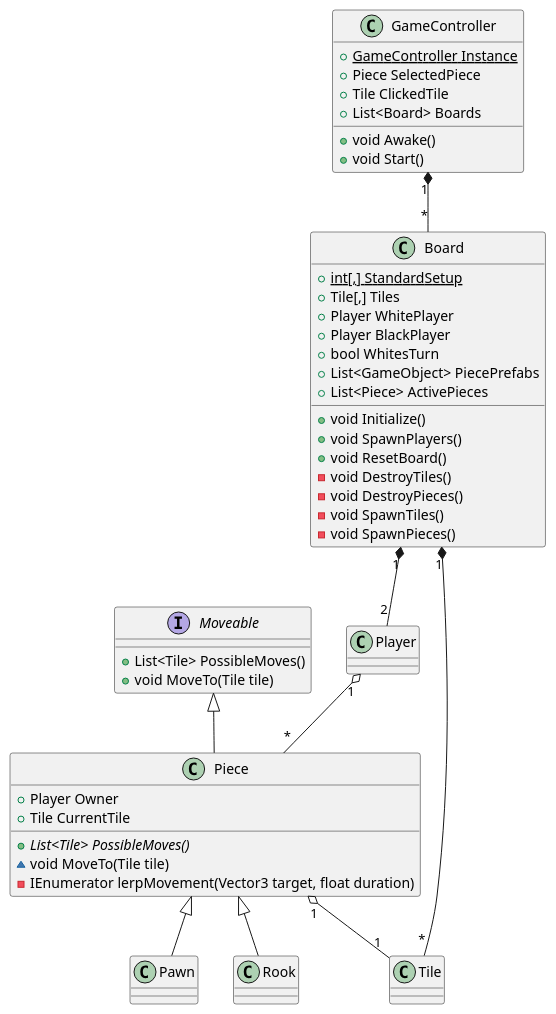
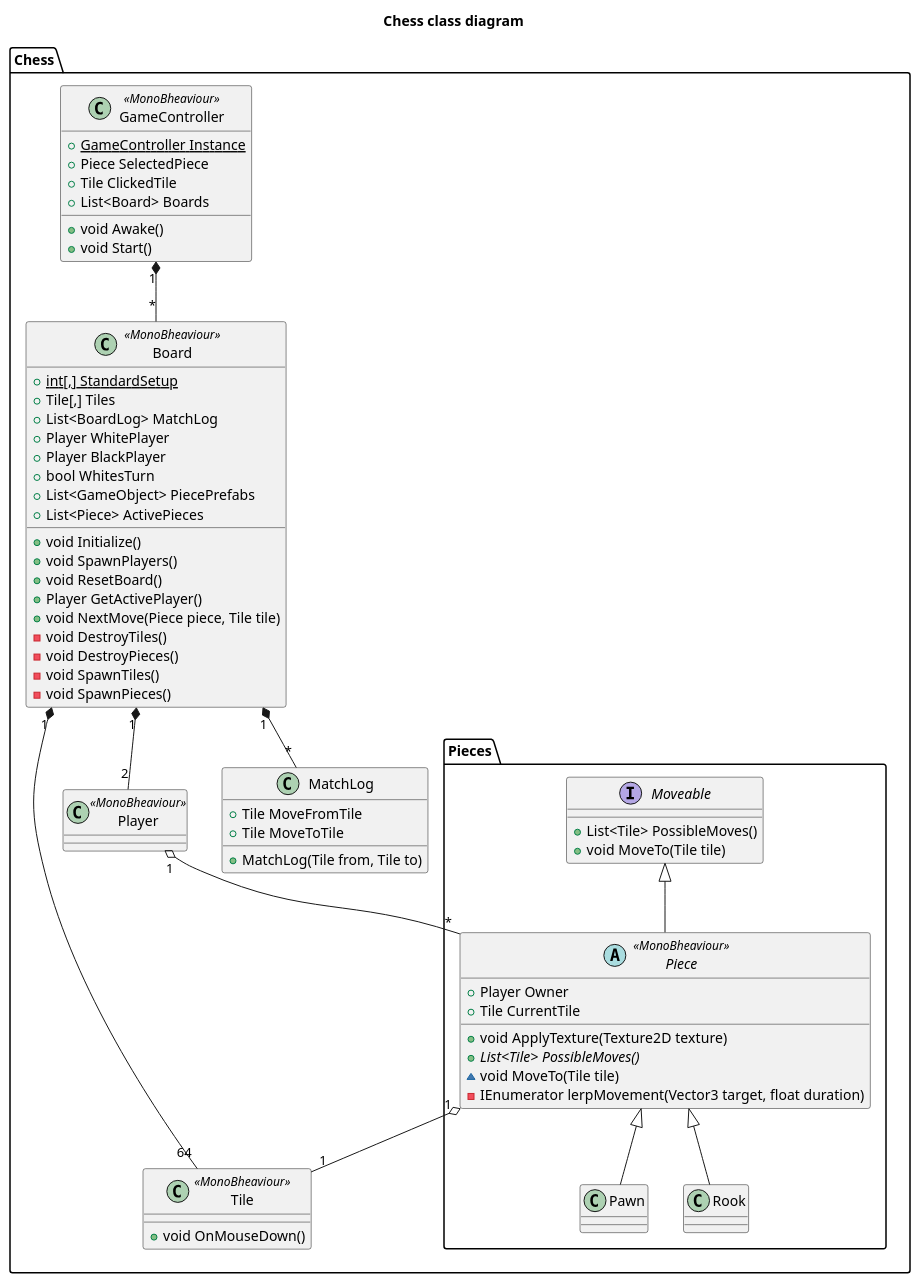
Before and after one commit to mjesper90/Network: the diagram in Assets/Docs/C4/Tier4/Chess/Chess.puml, drawn with PlantUML. The commit also changed 6 other files, not shown here.

First line of the commit message:
Class diagram update

```diff
--- a/Assets/Docs/C4/Tier4/Chess/Chess.puml
+++ b/Assets/Docs/C4/Tier4/Chess/Chess.puml
@@ -1,63 +1,81 @@
-@startuml
+@startuml Chess class diagram
 
-class GameController{
-    + {static} GameController Instance
-    + Piece SelectedPiece
-    + Tile ClickedTile
-    + List<Board> Boards
-    + void Awake()
-    + void Start()
-}
+title Chess class diagram
 
-class Board {
-    + {static} int[,] StandardSetup
-    + Tile[,] Tiles
-    + Player WhitePlayer
-    + Player BlackPlayer
-    + bool WhitesTurn
-    + List<GameObject> PiecePrefabs
-    + List<Piece> ActivePieces
-    + void Initialize()
-    + void SpawnPlayers()
-    + void ResetBoard()
-    - void DestroyTiles()
-    - void DestroyPieces()
-    - void SpawnTiles()
-    - void SpawnPieces()
-}
+namespace Chess {
+    class GameController <<MonoBheaviour>>{
+        + {static} GameController Instance
+        + Piece SelectedPiece
+        + Tile ClickedTile
+        + List<Board> Boards
+        + void Awake()
+        + void Start()
+    }
 
-class Tile{
+    class MatchLog{
+        + Tile MoveFromTile
+        + Tile MoveToTile
+        + MatchLog(Tile from, Tile to)
+    }
+
+    class Board <<MonoBheaviour>> {
+        + {static} int[,] StandardSetup
+        + Tile[,] Tiles
+        + List<BoardLog> MatchLog
+        + Player WhitePlayer
+        + Player BlackPlayer
+        + bool WhitesTurn
+        + List<GameObject> PiecePrefabs
+        + List<Piece> ActivePieces
+        + void Initialize()
+        + void SpawnPlayers()
+        + void ResetBoard()
+        + Player GetActivePlayer()
+        + void NextMove(Piece piece, Tile tile)
+        - void DestroyTiles()
+        - void DestroyPieces()
+        - void SpawnTiles()
+        - void SpawnPieces()
+    }
+
+    class Tile <<MonoBheaviour>>{
+        + void OnMouseDown()
+    }
+
+    class Player <<MonoBheaviour>> {
+
+    }
+
+    namespace Pieces {
+        interface Moveable {
+            + List<Tile> PossibleMoves()
+            + void MoveTo(Tile tile)
+        }
+        abstract class Piece <<MonoBheaviour>> {
+            + Player Owner
+            + Tile CurrentTile
+            + void ApplyTexture(Texture2D texture)
+            + {abstract} List<Tile> PossibleMoves()
+            ~ void MoveTo(Tile tile)
+            - IEnumerator lerpMovement(Vector3 target, float duration)
+        }
+
+        class Pawn {}
+        class Rook {}
+    }
 
 }
 
-class Player {
+Chess.GameController "1" *-- "*" Chess.Board
+Chess.Board "1" *-- "64" Chess.Tile
+Chess.Board "1" *-- "*" Chess.MatchLog
+Chess.Board "1" *-- "2" Chess.Player
+Chess.Player "1" o-- "*" Chess.Pieces.Piece
+Chess.Pieces.Piece "1" o-- "1" Chess.Tile
 
-}
-
-class Piece {
-    + Player Owner
-    + Tile CurrentTile
-    + {abstract} List<Tile> PossibleMoves()
-    ~ void MoveTo(Tile tile)
-    - IEnumerator lerpMovement(Vector3 target, float duration)
-}
-
-interface Moveable {
-    + List<Tile> PossibleMoves()
-    + void MoveTo(Tile tile)
-}
-
-GameController "1" *-- "*" Board
-Board "1" *-- "*" Tile
-Board "1" *-- "2" Player
-Player "1" o-- "*" Piece
-Piece "1" o-- "1" Tile
-
-Piece -up-|> Moveable
-
-Piece <|-- Pawn
-Piece <|-- Rook
-
+Chess.Pieces.Piece -up-|> Chess.Pieces.Moveable
+Chess.Pieces.Piece <|-- Chess.Pieces.Pawn
+Chess.Pieces.Piece <|-- Chess.Pieces.Rook
 
 
 @enduml
```
